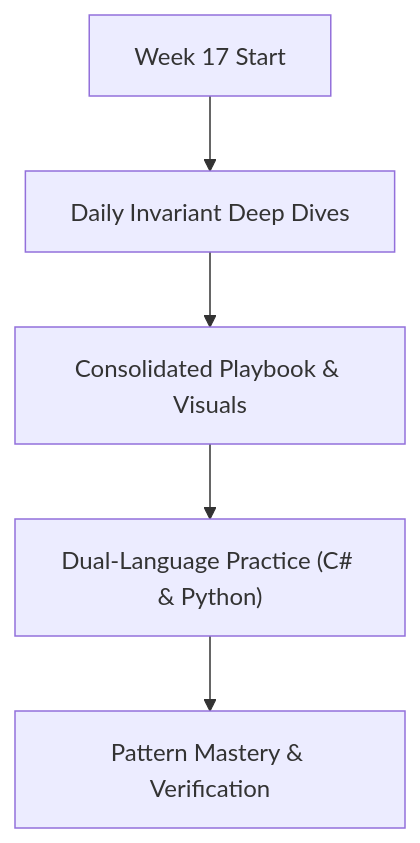
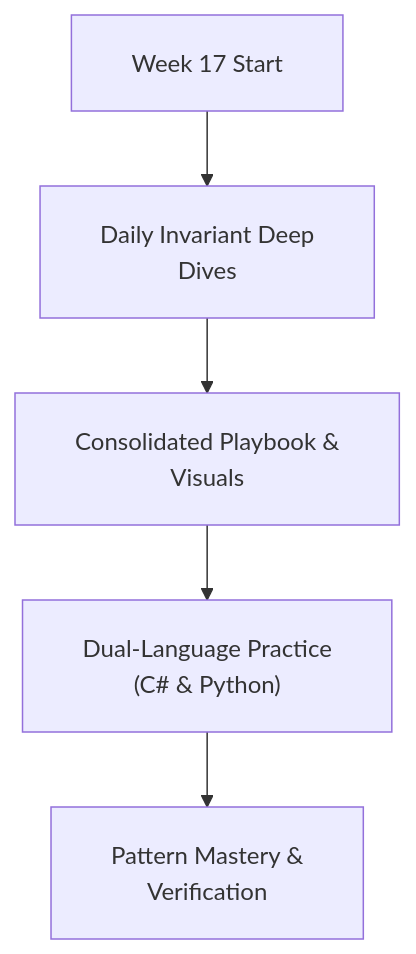
The diagram in week_17_advanced_graphs_hld_fft/README.md (dip4k/DSA_102), drawn with Mermaid before and after one commit. The commit also changed 108 other files, not shown here.

First line of the commit message:
fix(mermaid): resolve diagram clipping, padding, and syntax issues across repo

````diff
--- a/week_17_advanced_graphs_hld_fft/README.md
+++ b/week_17_advanced_graphs_hld_fft/README.md
@@ -16,7 +16,8 @@
 ```mermaid
+%%{init: {"flowchart": {"htmlLabels": true, "padding": 20}}}%%
 flowchart TD
-    Start["Week 17 Start"] --> Daily["Daily Invariant Deep Dives"]
-    Daily --> Playbook["Consolidated Playbook & Visuals"]
-    Playbook --> DualLang["Dual-Language Practice (C# & Python)"]
-    DualLang --> Mastery["Pattern Mastery & Verification"]
+    Start["Week 17 Start"] --> Daily["Daily Invariant Deep<br/>Dives"]
+    Daily --> Playbook["Consolidated Playbook &<br/>Visuals"]
+    Playbook --> DualLang["Dual-Language Practice<br/>(C# & Python)"]
+    DualLang --> Mastery["Pattern Mastery &<br/>Verification"]
 ```
````
